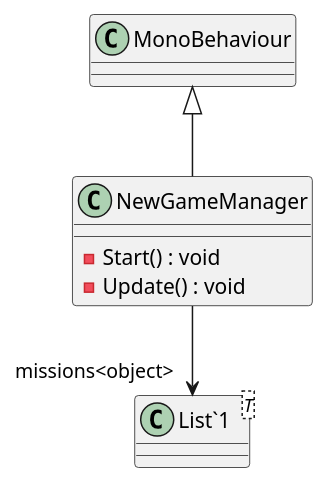
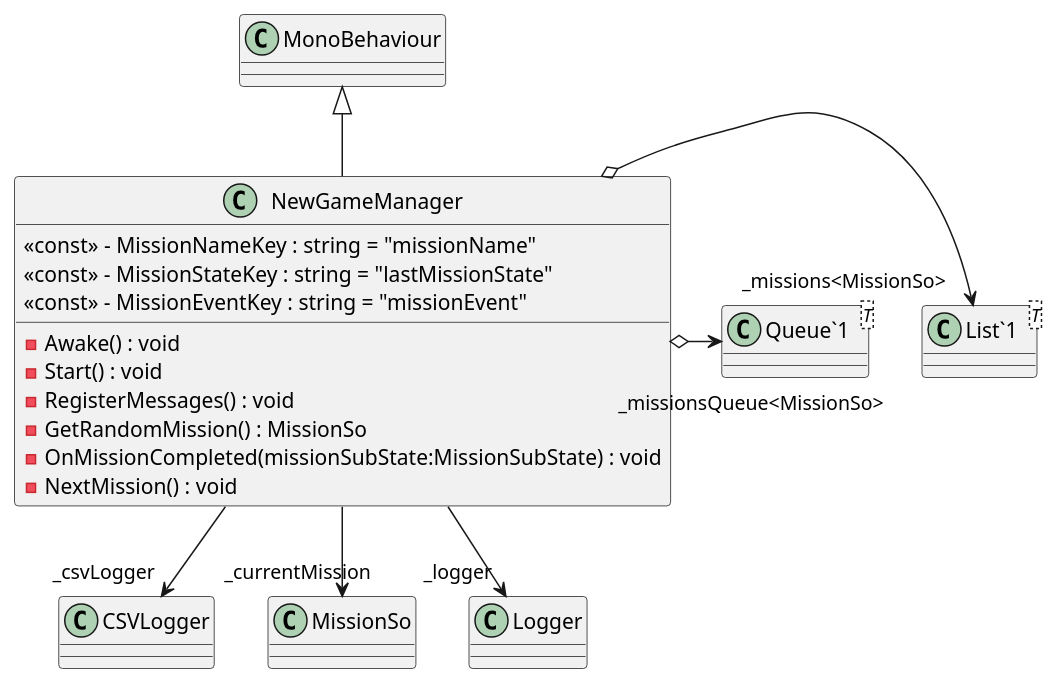
One commit to Ubus99/AVRO-Simulation changed the diagram in Assets/Documentation/UML/Simulation/Scripts/NewGameManager.puml. Above: the diagram before and after it, drawn with PlantUML. The commit also changed 1022 other files, not shown here.

```diff
--- a/Assets/Documentation/UML/Simulation/Scripts/NewGameManager.puml
+++ b/Assets/Documentation/UML/Simulation/Scripts/NewGameManager.puml
@@ -1,10 +1,23 @@
 @startuml
 class NewGameManager {
+    <<const>> - MissionNameKey : string = "missionName"
+    <<const>> - MissionStateKey : string = "lastMissionState"
+    <<const>> - MissionEventKey : string = "missionEvent"
+    - Awake() : void
     - Start() : void
-    - Update() : void
+    - RegisterMessages() : void
+    - GetRandomMission() : MissionSo
+    - OnMissionCompleted(missionSubState:MissionSubState) : void
+    - NextMission() : void
 }
 class "List`1"<T> {
 }
+class "Queue`1"<T> {
+}
 MonoBehaviour <|-- NewGameManager
-NewGameManager --> "missions<object>" "List`1"
+NewGameManager o-> "_missions<MissionSo>" "List`1"
+NewGameManager o-> "_missionsQueue<MissionSo>" "Queue`1"
+NewGameManager --> "_csvLogger" CSVLogger
+NewGameManager --> "_currentMission" MissionSo
+NewGameManager --> "_logger" Logger
 @enduml
```
